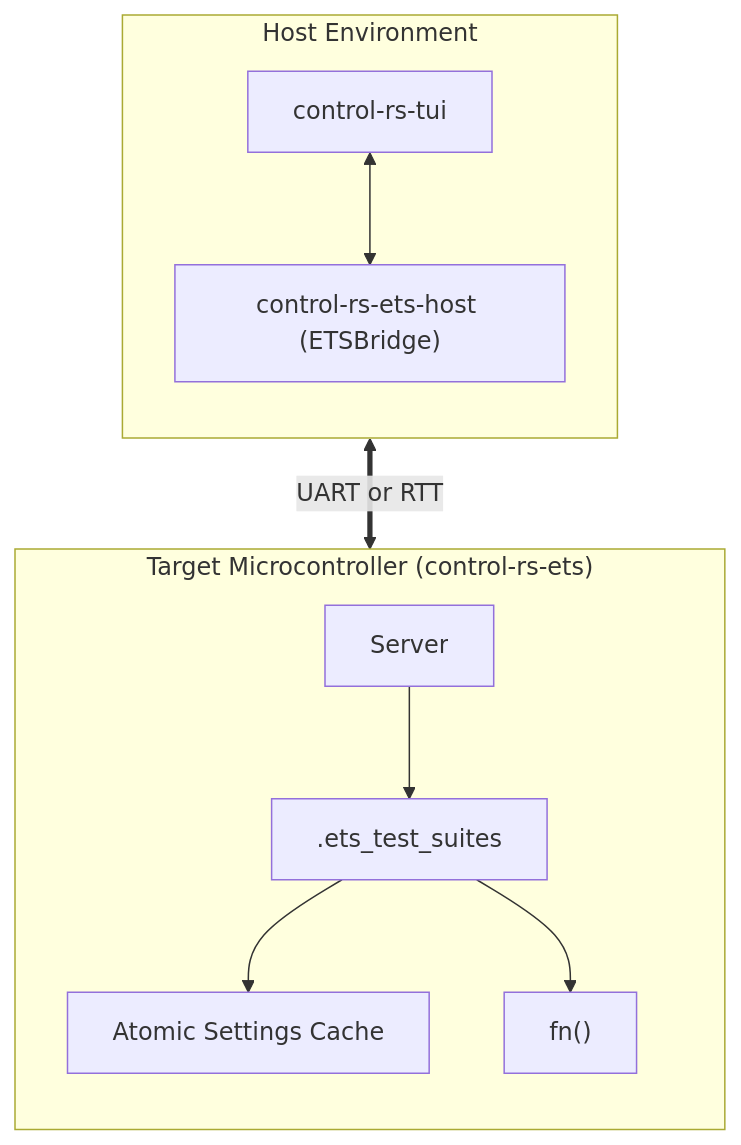
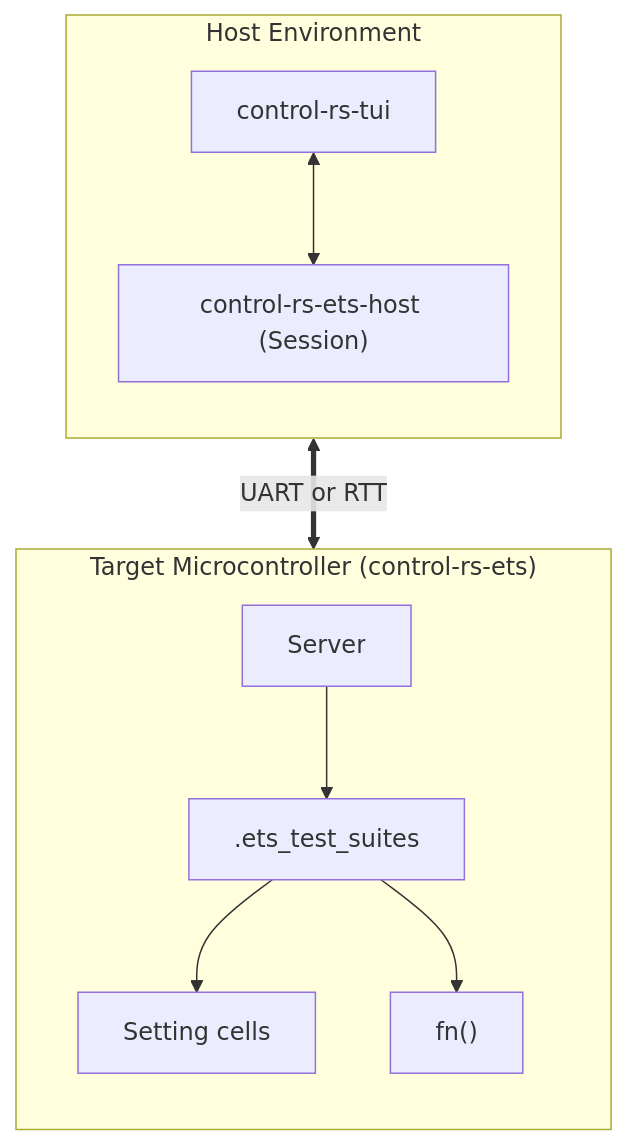
Before and after one commit to Dyse-Industries/control-rs: the diagram in documentation/ets/test-suite-design.md, drawn with Mermaid. The commit also changed other lines of this file and 15 other files, not shown here.

First line of the commit message:
ETS-1: design overhaul for the executive, link and host session

````diff
--- a/documentation/ets/test-suite-design.md
+++ b/documentation/ets/test-suite-design.md
@@ -74,22 +94,22 @@
 ```mermaid
 flowchart TD
     Host <==>|UART or RTT| MCU
 
     subgraph Host ["Host Environment"]
         direction TB
         TUI["control-rs-tui"]
-        Bridge["control-rs-ets-host (ETSBridge)"]
+        Bridge["control-rs-ets-host (Session)"]
         TUI <--> Bridge
     end
 
     subgraph MCU ["Target Microcontroller (control-rs-ets)"]
         direction TB
         Server["Server"]
         Suites[".ets_test_suites"]
-        Settings["Atomic Settings Cache"]
+        Settings["Setting cells"]
         Tests["fn() "]
         Server --> Suites
         Suites --> Settings
         Suites --> Tests
     end
 ```
````
